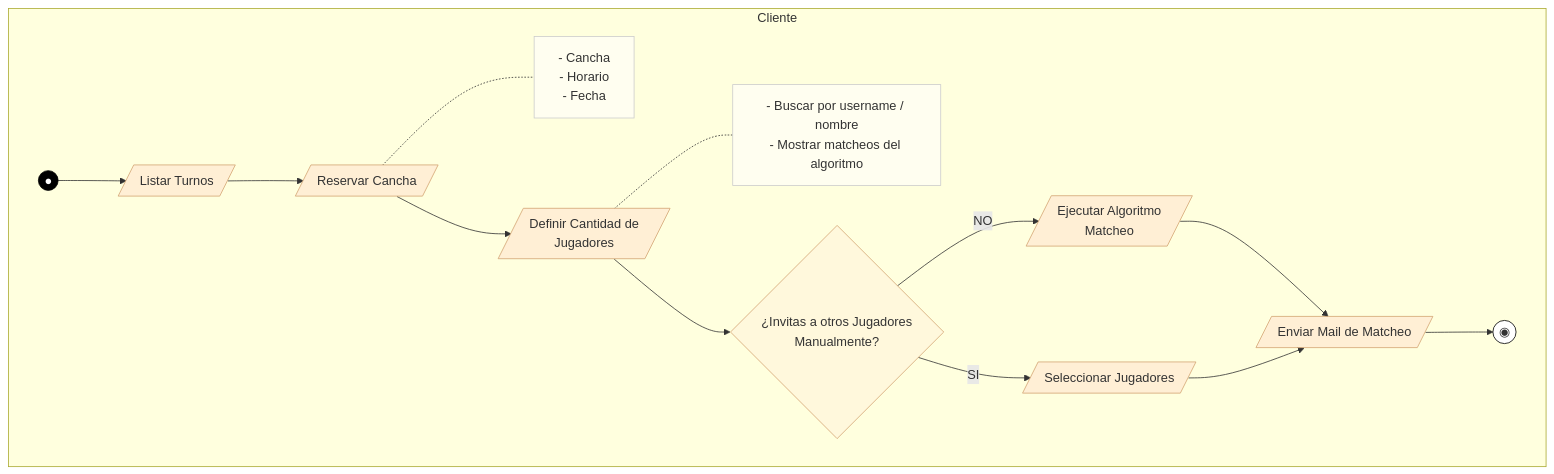
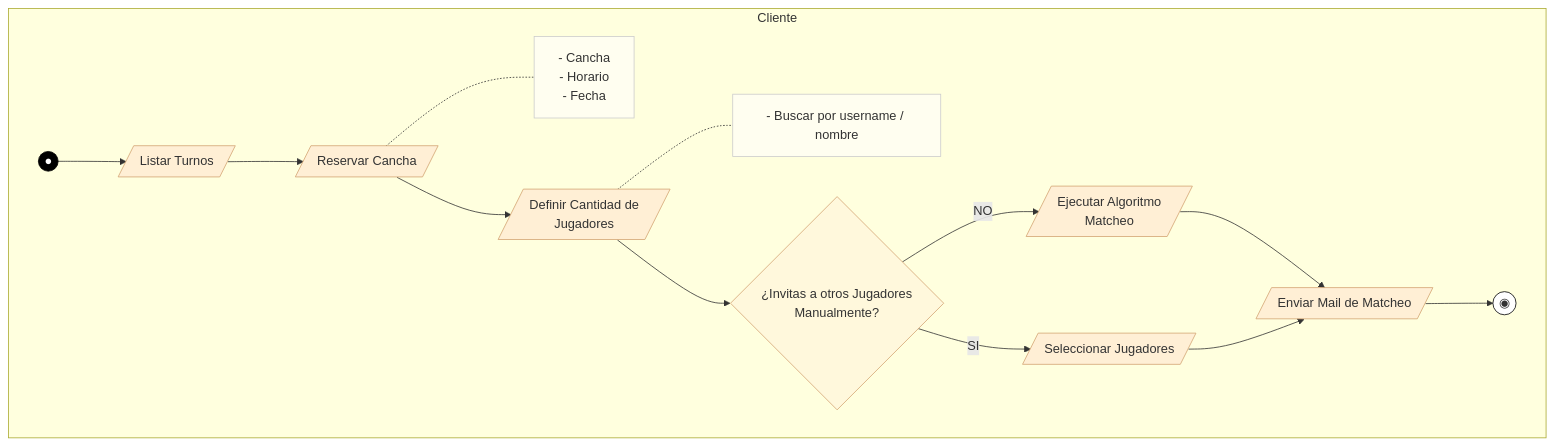
Before and after one commit to mateolafalce/seminario: the diagram in workflow_matcheo.md, drawn with Mermaid. The commit also changed 1 other file, not shown here.

Commit message:
Eliminar comentario en workflow_matcheo.md

````diff
--- a/workflow_matcheo.md
+++ b/workflow_matcheo.md
@@ -5,34 +5,34 @@
 ```mermaid
 flowchart TD
     subgraph Cliente
         Start((●)) --> ListarTurnos[/"Listar Turnos"/]
         
         ListarTurnos --> ReservarCancha[/"Reservar Cancha"/]
         ReservarCancha -.- Nota1["- Cancha<br>- Horario<br>- Fecha"]
         
         ReservarCancha --> DefinirCantidad[/"Definir Cantidad de<br>Jugadores"/]
-        DefinirCantidad -.- Nota2["- Buscar por username / nombre<br>- Mostrar matcheos del algoritmo"]
+        DefinirCantidad -.- Nota2["- Buscar por username / nombre"]
         
         DefinirCantidad --> Decision{"¿Invitas a otros Jugadores<br>Manualmente?"}
         
         Decision -->|NO| EjecutarAlgoritmo[/"Ejecutar Algoritmo<br>Matcheo"/]
         Decision -->|SI| SeleccionarJugadores[/"Seleccionar Jugadores"/]
         
         EjecutarAlgoritmo --> EnviarMail[/"Enviar Mail de Matcheo"/]
         SeleccionarJugadores --> EnviarMail
         
         EnviarMail --> End((◉))
     end
 
     style Start fill:#000,stroke:#000,color:#fff
     style End fill:#fff,stroke:#000
     style Decision fill:#fff8dc,stroke:#d4a574
     style ListarTurnos fill:#ffefd5,stroke:#d4a574
     style ReservarCancha fill:#ffefd5,stroke:#d4a574
     style DefinirCantidad fill:#ffefd5,stroke:#d4a574
     style EjecutarAlgoritmo fill:#ffefd5,stroke:#d4a574
     style SeleccionarJugadores fill:#ffefd5,stroke:#d4a574
     style EnviarMail fill:#ffefd5,stroke:#d4a574
     style Nota1 fill:#fffef0,stroke:#ccc
     style Nota2 fill:#fffef0,stroke:#ccc
 ```
````
